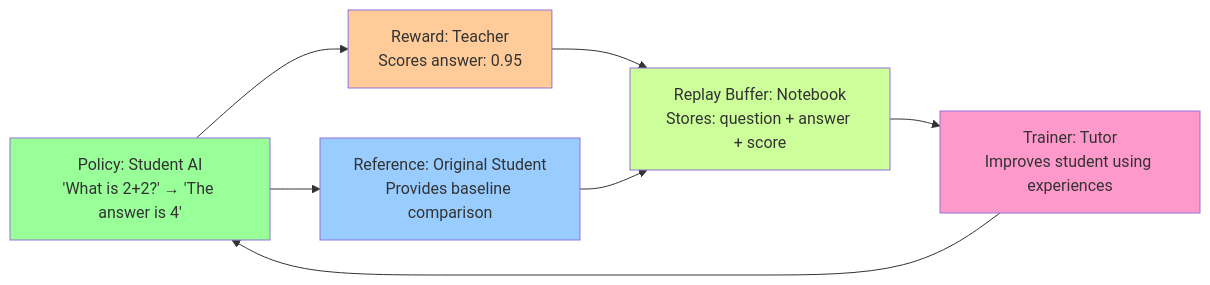
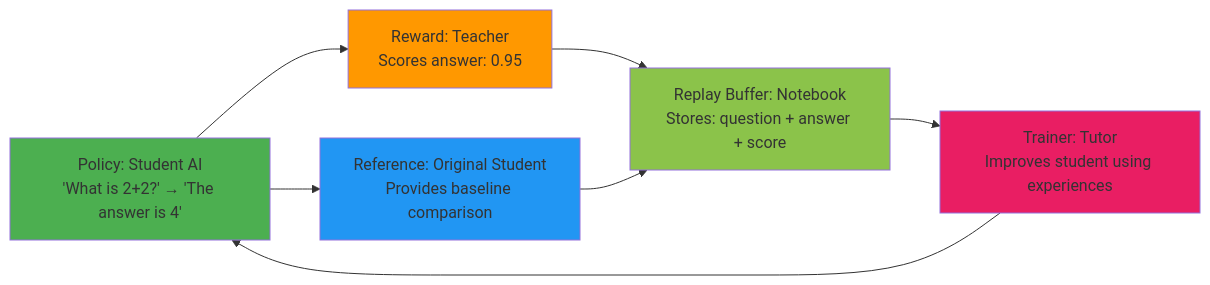
One commit to meta-pytorch/torchforge changed the fourth of 4 diagrams in docs/Tutorials/1_RL_and_Forge_Fundamentals.MD. Above: the diagram before and after it, drawn with Mermaid. The commit also changed other lines of this file and 2 other files, not shown here.

````diff
--- a/docs/Tutorials/1_RL_and_Forge_Fundamentals.MD
+++ b/docs/Tutorials/1_RL_and_Forge_Fundamentals.MD
@@ -183,21 +183,21 @@
 ```mermaid
 graph LR
     A["Policy: Student AI<br/>'What is 2+2?' → 'The answer is 4'"]
     B["Reward: Teacher<br/>Scores answer: 0.95"]
     C["Reference: Original Student<br/>Provides baseline comparison"]
     D["Replay Buffer: Notebook<br/>Stores: question + answer + score"]
     E["Trainer: Tutor<br/>Improves student using experiences"]
     
     A --> B
     A --> C
     B --> D
     C --> D
     D --> E
     E --> A
     
-    style A fill:#99ff99
-    style B fill:#ffcc99
-    style C fill:#99ccff
-    style D fill:#ccff99
-    style E fill:#ff99cc
+    style A fill:#4CAF50
+    style B fill:#FF9800
+    style C fill:#2196F3
+    style D fill:#8BC34A
+    style E fill:#E91E63
 ```
````
